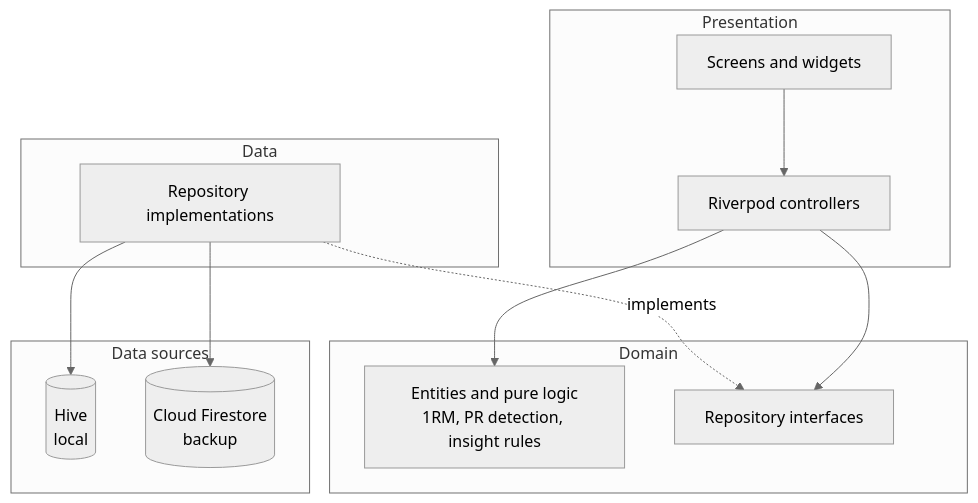
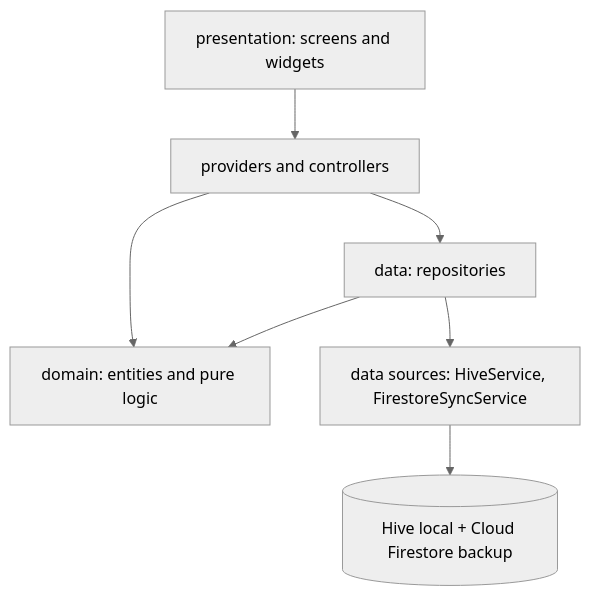
Before and after one commit to Abhishek-S-777/strivo: the first of 2 diagrams in README.md, drawn with Mermaid (neutral theme). The commit also changed other lines of this file, not shown here.

First line of the commit message:
Align README structure with the symphonia repo (#21)

````diff
--- a/README.md
+++ b/README.md
@@ -49,25 +80,9 @@
 ```mermaid
 flowchart TD
-    subgraph Presentation
-        S[Screens and widgets]
-        C[Riverpod controllers]
-    end
-    subgraph Domain
-        E[Entities and pure logic<br/>1RM, PR detection, insight rules]
-        RI[Repository interfaces]
-    end
-    subgraph Data
-        RImpl[Repository implementations]
-    end
-    subgraph Sources[Data sources]
-        H[(Hive<br/>local)]
-        F[(Cloud Firestore<br/>backup)]
-    end
-
-    S --> C
-    C --> RI
-    C --> E
-    RImpl -. implements .-> RI
-    RImpl --> H
-    RImpl --> F
+  UI[presentation: screens and widgets] --> CTRL[providers and controllers]
+  CTRL --> REPO[data: repositories]
+  CTRL --> DOM[domain: entities and pure logic]
+  REPO --> DOM
+  REPO --> SRC[data sources: HiveService, FirestoreSyncService]
+  SRC --> FB[(Hive local + Cloud Firestore backup)]
 ```
````
